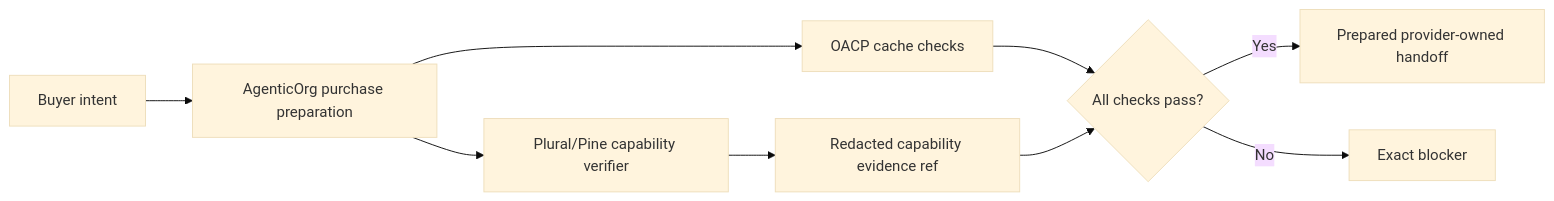
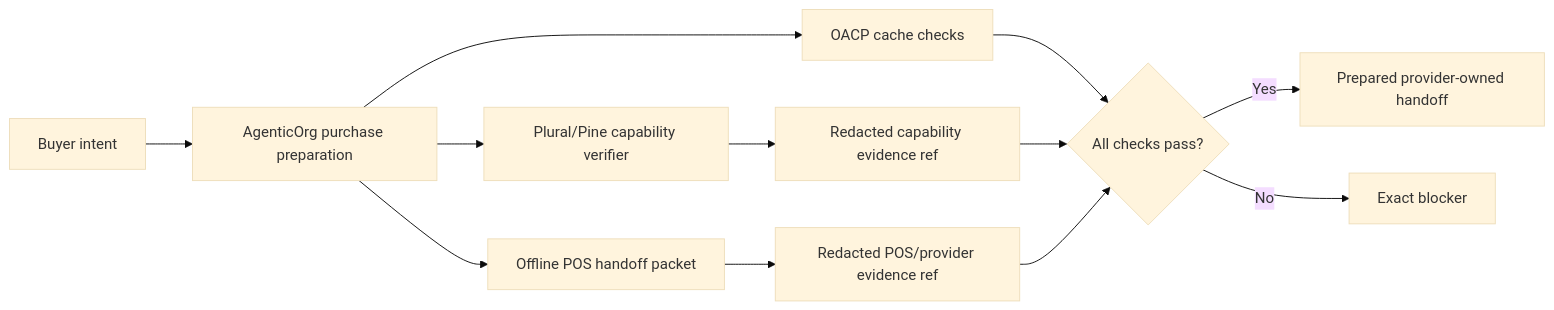
One commit to mishrasanjeev/grantex changed the diagram in docs/guides/oacp/provider-payment-boundary.mdx. Above: the diagram before and after it, drawn with Mermaid (base theme). The commit also changed other lines of this file and 10 other files, not shown here.

````diff
--- a/docs/guides/oacp/provider-payment-boundary.mdx
+++ b/docs/guides/oacp/provider-payment-boundary.mdx
@@ -12,11 +12,14 @@
 ```mermaid
 flowchart LR
   buyer[Buyer intent] --> agentic[AgenticOrg purchase preparation]
   agentic --> cache[OACP cache checks]
   agentic --> verifier[Plural/Pine capability verifier]
+  agentic --> pos[Offline POS handoff packet]
   verifier --> ref[Redacted capability evidence ref]
+  pos --> posref[Redacted POS/provider evidence ref]
   cache --> result{All checks pass?}
   ref --> result
+  posref --> result
   result -->|Yes| prepared[Prepared provider-owned handoff]
   result -->|No| blocker[Exact blocker]
 ```
````
